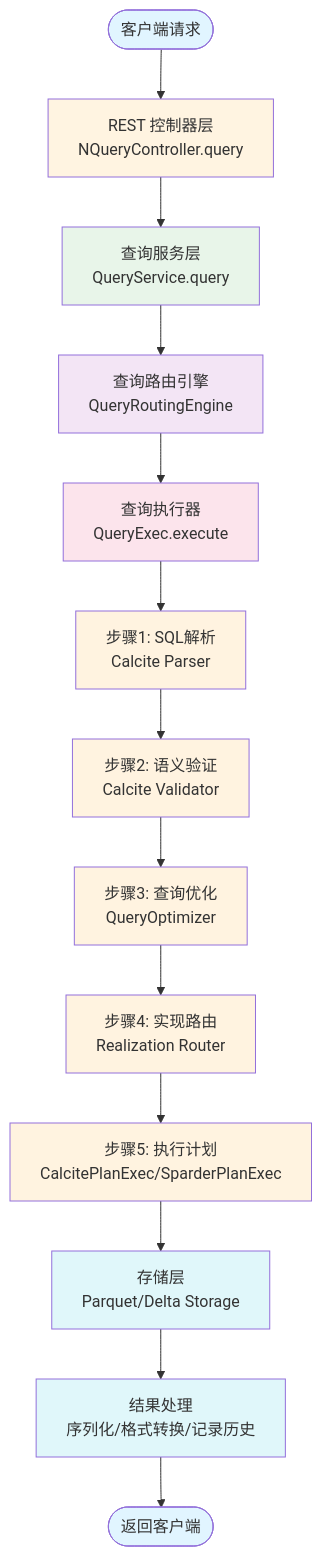
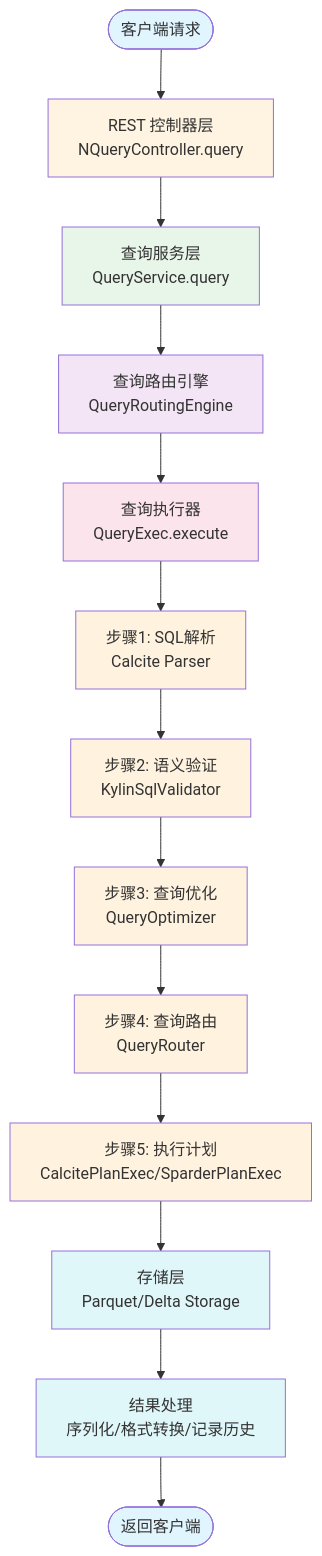
Before and after one commit to insomniacdoll/kylin: the first of 13 diagrams in doc/user-workflow.md, drawn with Mermaid. The commit also changed other lines of this file and 1 other file, not shown here.

Commit message:
add architecture.md and user-workflow.md

````diff
--- a/doc/user-workflow.md
+++ b/doc/user-workflow.md
@@ -7,31 +7,31 @@
 ```mermaid
 flowchart TD
     Start([客户端请求]) --> Controller[REST 控制器层<br/>NQueryController.query]
     Controller --> Service[查询服务层<br/>QueryService.query]
     Service --> Routing[查询路由引擎<br/>QueryRoutingEngine]
     Routing --> Exec[查询执行器<br/>QueryExec.execute]
 
     Exec --> Parser[步骤1: SQL解析<br/>Calcite Parser]
-    Parser --> Validator[步骤2: 语义验证<br/>Calcite Validator]
+    Parser --> Validator[步骤2: 语义验证<br/>KylinSqlValidator]
     Validator --> Optimizer[步骤3: 查询优化<br/>QueryOptimizer]
-    Optimizer --> Realization[步骤4: 实现路由<br/>Realization Router]
-    Realization --> Plan[步骤5: 执行计划<br/>CalcitePlanExec/SparderPlanExec]
+    Optimizer --> Router[步骤4: 查询路由<br/>QueryRouter]
+    Router --> Plan[步骤5: 执行计划<br/>CalcitePlanExec/SparderPlanExec]
 
     Plan --> Storage[存储层<br/>Parquet/Delta Storage]
     Storage --> Result[结果处理<br/>序列化/格式转换/记录历史]
     Result --> End([返回客户端])
 
     style Start fill:#e1f5ff
     style End fill:#e1f5ff
     style Controller fill:#fff4e1
     style Service fill:#e8f5e9
     style Routing fill:#f3e5f5
     style Exec fill:#fce4ec
     style Parser fill:#fff3e0
     style Validator fill:#fff3e0
     style Optimizer fill:#fff3e0
-    style Realization fill:#fff3e0
+    style Router fill:#fff3e0
     style Plan fill:#fff3e0
     style Storage fill:#e0f7fa
     style Result fill:#e0f7fa
 ```
````
